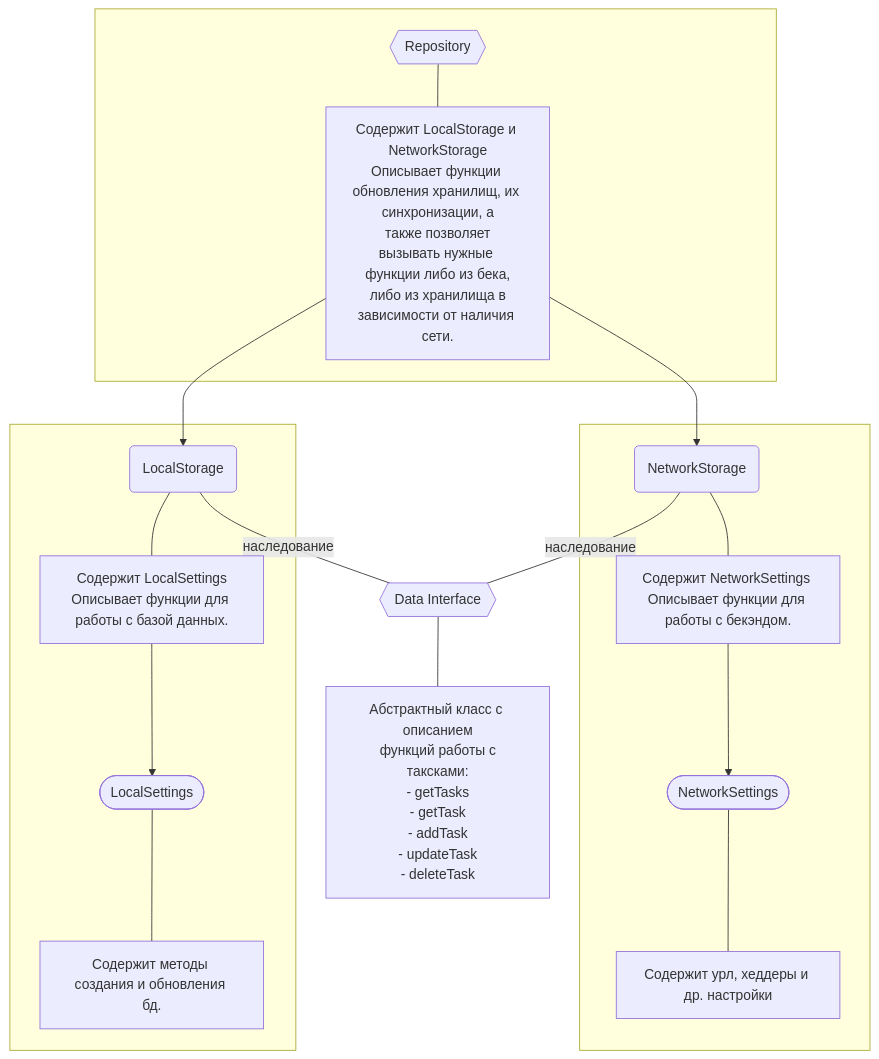
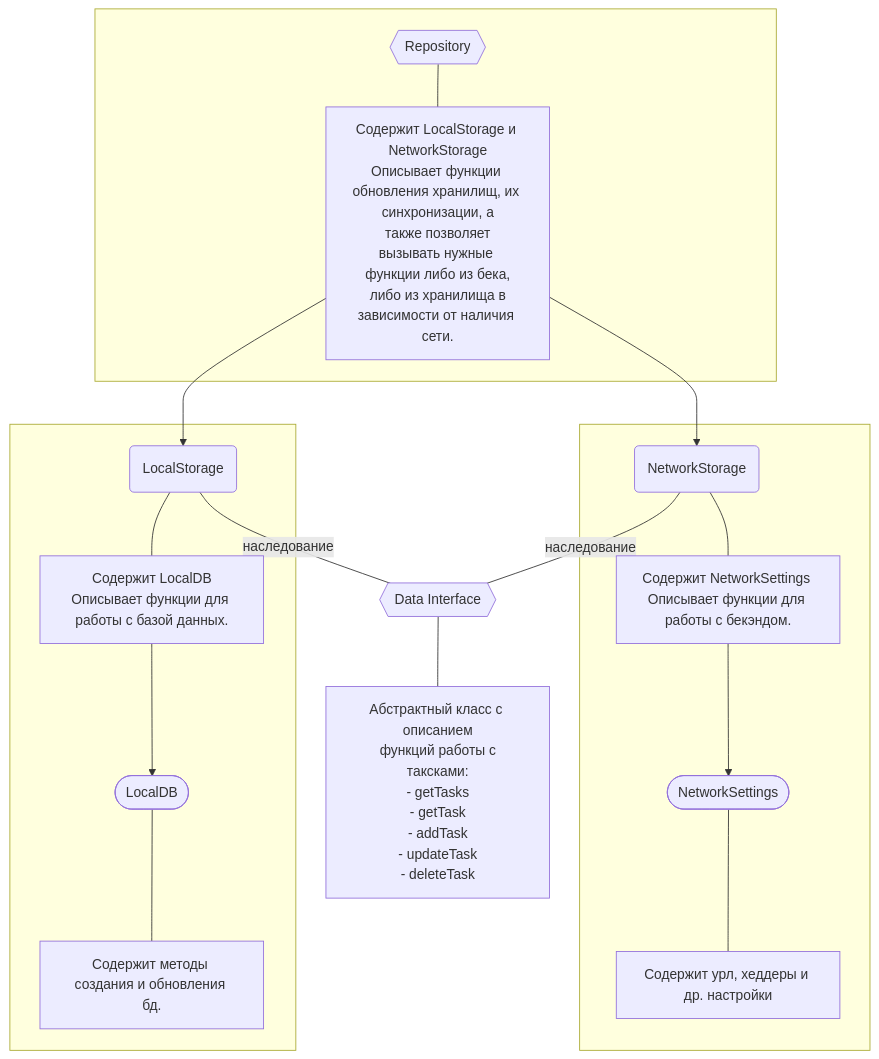
Before and after one commit to goliksim/Ya-Tasks: the diagram in ya_todolist/lib/feature/task/data/repository/Repository Structure.md, drawn with Mermaid. The commit also changed 12 other files, not shown here.

````diff
--- a/ya_todolist/lib/feature/task/data/repository/Repository Structure.md
+++ b/ya_todolist/lib/feature/task/data/repository/Repository Structure.md
@@ -2,24 +2,24 @@
 ```mermaid
 flowchart TD
 	subgraph   
 	Rep{{Repository}} --- Rep_dis[Содержит LocalStorage и NetworkStorage\nОписывает функции обновления хранилищ, их синхронизации, а\n также позволяет вызывать нужные функции либо из бека,\n либо из хранилища в зависимости от наличия сети.] ; 
 	end;
 	Rep_dis --> LS(LocalStorage) & NS(NetworkStorage);
 	
 	LS & NS ---| наследование | Api{{Data Interface}} ;
 	Api --- Api_dis[Абстрактный класс с описанием\n функций работы с таксками:\n- getTasks\n- getTask\n- addTask\n- updateTask\n- deleteTask] ;
 	
 	subgraph  
 	NS --- NS_dis[Содержит NetworkSettings \nОписывает функции для работы с бекэндом.];
 	NS_dis --> NU([NetworkSettings]) ;
 	NU --- NU_dis[Cодержит урл, хеддеры и др. настройки];
 	end;
 	
 	subgraph  
-	LS --- LS_dis[Содержит LocalSettings\nОписывает функции для работы с базой данных.];
-	LS_dis --> BD([LocalSettings]);
+	LS --- LS_dis[Содержит LocalDB\nОписывает функции для работы с базой данных.];
+	LS_dis --> BD([LocalDB]);
 	BD --- BD_dis[Cодержит методы создания и обновления бд.];
 	end;
     
 	
 ```
````
